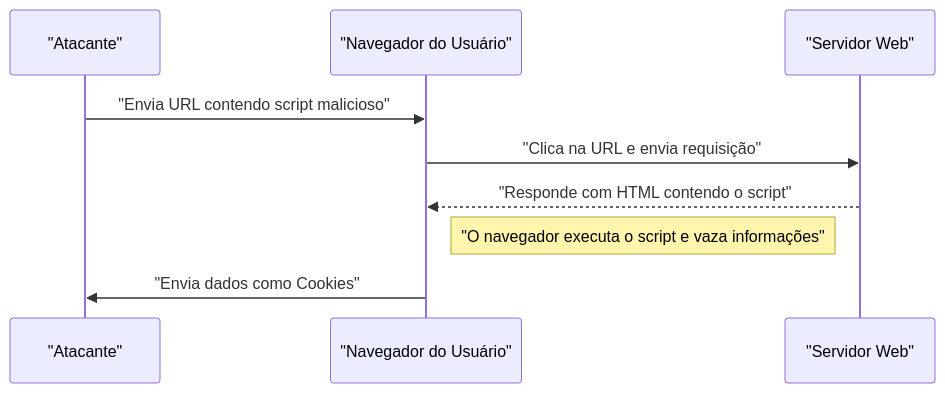
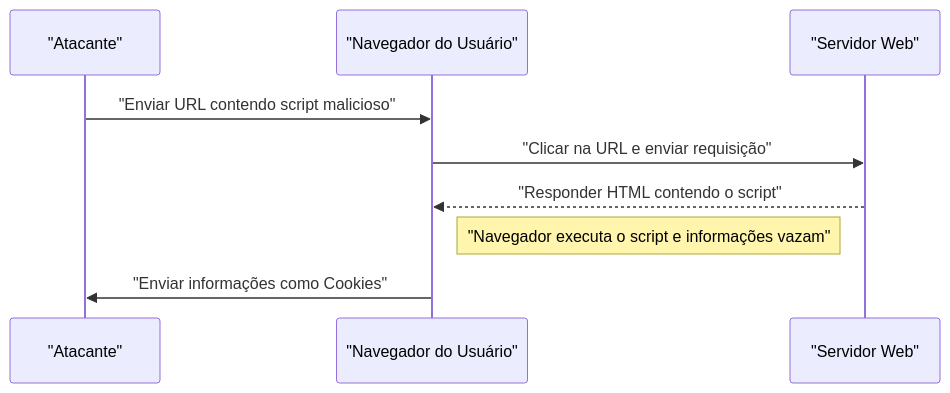
The first of 2 diagrams in content/post/web-application-vulnerability-owasp-top-10/index.pt.md (kenjinote/blog), drawn with Mermaid before and after one commit. The commit also changed other lines of this file and 12 other files, not shown here.

````diff
--- a/content/post/web-application-vulnerability-owasp-top-10/index.pt.md
+++ b/content/post/web-application-vulnerability-owasp-top-10/index.pt.md
@@ -170,12 +170,12 @@
 ```mermaid
 sequenceDiagram
     participant "Atacante"
     participant "Navegador do Usuário"
     participant "Servidor Web"
 
-    "Atacante"->>"Navegador do Usuário": "Envia URL contendo script malicioso"
-    "Navegador do Usuário"->>"Servidor Web": "Clica na URL e envia requisição"
-    "Servidor Web"-->>"Navegador do Usuário": "Responde com HTML contendo o script"
-    Note right of "Navegador do Usuário": "O navegador executa o script e vaza informações"
-    "Navegador do Usuário"->>"Atacante": "Envia dados como Cookies"
+    "Atacante"->>"Navegador do Usuário": "Enviar URL contendo script malicioso"
+    "Navegador do Usuário"->>"Servidor Web": "Clicar na URL e enviar requisição"
+    "Servidor Web"-->>"Navegador do Usuário": "Responder HTML contendo o script"
+    Note right of "Navegador do Usuário": "Navegador executa o script e informações vazam"
+    "Navegador do Usuário"->>"Atacante": "Enviar informações como Cookies"
 ```
````
